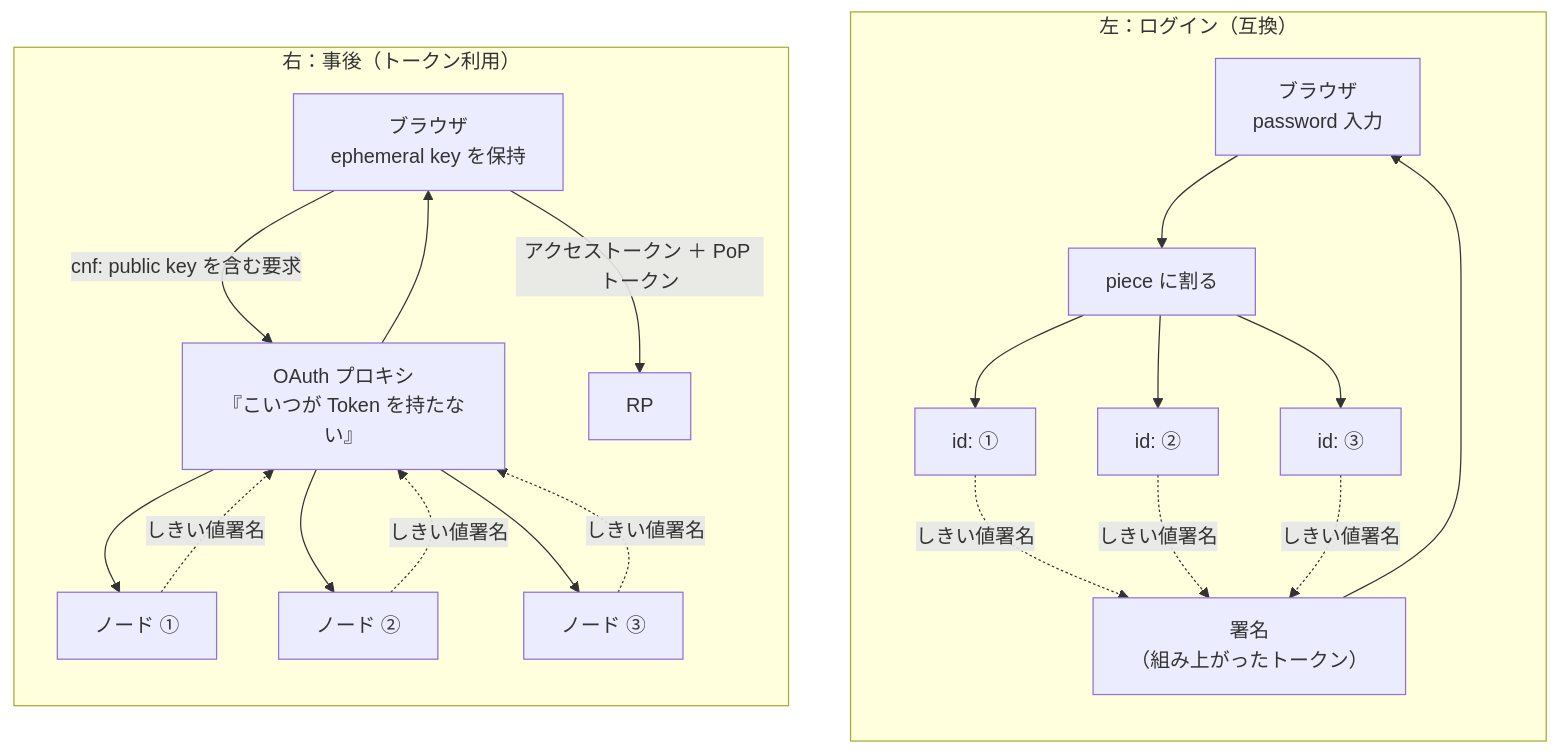
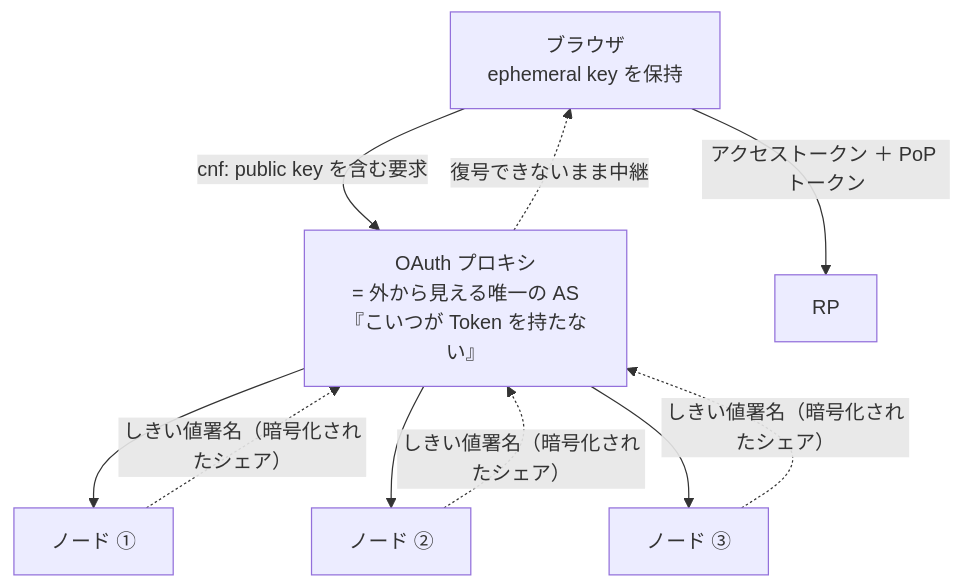
The second of 8 diagrams in docs/whiteboard-gaps.md (sururu-k/decentralized_identity_provider), drawn with Mermaid before and after one commit. The commit also changed other lines of this file and 1 other file, not shown here.

````diff
--- a/docs/whiteboard-gaps.md
+++ b/docs/whiteboard-gaps.md
@@ -15,31 +47,14 @@
 ```mermaid
 graph TB
-    subgraph L["左：ログイン（互換）"]
-        direction TB
-        LB["ブラウザ<br>password 入力"]
-        LP["piece に割る"]
-        LN1["id: ①"]
-        LN2["id: ②"]
-        LN3["id: ③"]
-        LS["署名<br>（組み上がったトークン）"]
-        LB --> LP
-        LP --> LN1 & LN2 & LN3
-        LN1 & LN2 & LN3 -.->|"しきい値署名"| LS
-        LS --> LB
-    end
-
-    subgraph R["右：事後（トークン利用）"]
-        direction TB
-        RB["ブラウザ<br>ephemeral key を保持"]
-        RX["OAuth プロキシ<br>『こいつが Token を持たない』"]
-        RN1["ノード ①"]
-        RN2["ノード ②"]
-        RN3["ノード ③"]
-        RP["RP"]
-        RB -->|"cnf: public key を含む要求"| RX
-        RX --> RN1 & RN2 & RN3
-        RN1 & RN2 & RN3 -.->|"しきい値署名"| RX
-        RX --> RB
-        RB -->|"アクセストークン ＋ PoP トークン"| RP
-    end
+    RB["ブラウザ<br>ephemeral key を保持"]
+    RX["OAuth プロキシ<br>= 外から見える唯一の AS<br>『こいつが Token を持たない』"]
+    RN1["ノード ①"]
+    RN2["ノード ②"]
+    RN3["ノード ③"]
+    RPX["RP"]
+    RB -->|"cnf: public key を含む要求"| RX
+    RX --> RN1 & RN2 & RN3
+    RN1 & RN2 & RN3 -.->|"しきい値署名（暗号化されたシェア）"| RX
+    RX -.->|"復号できないまま中継"| RB
+    RB -->|"アクセストークン ＋ PoP トークン"| RPX
 ```
````
